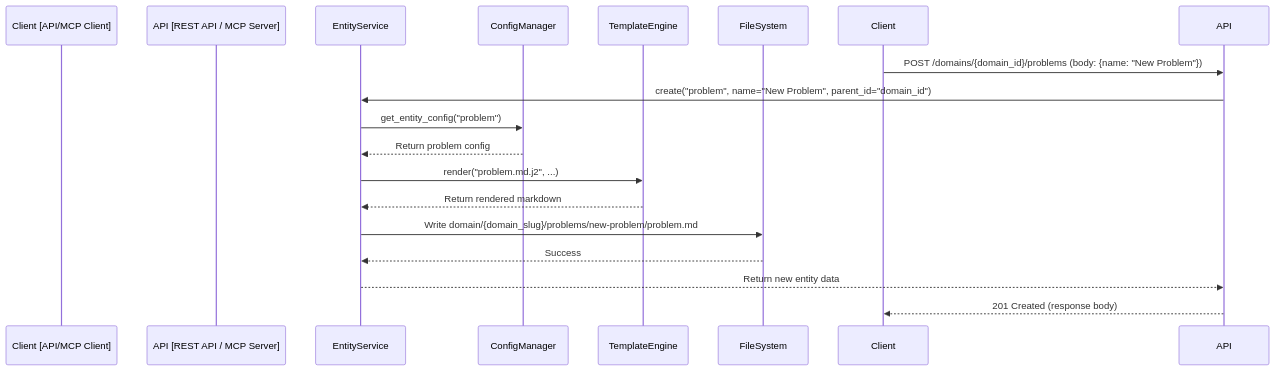
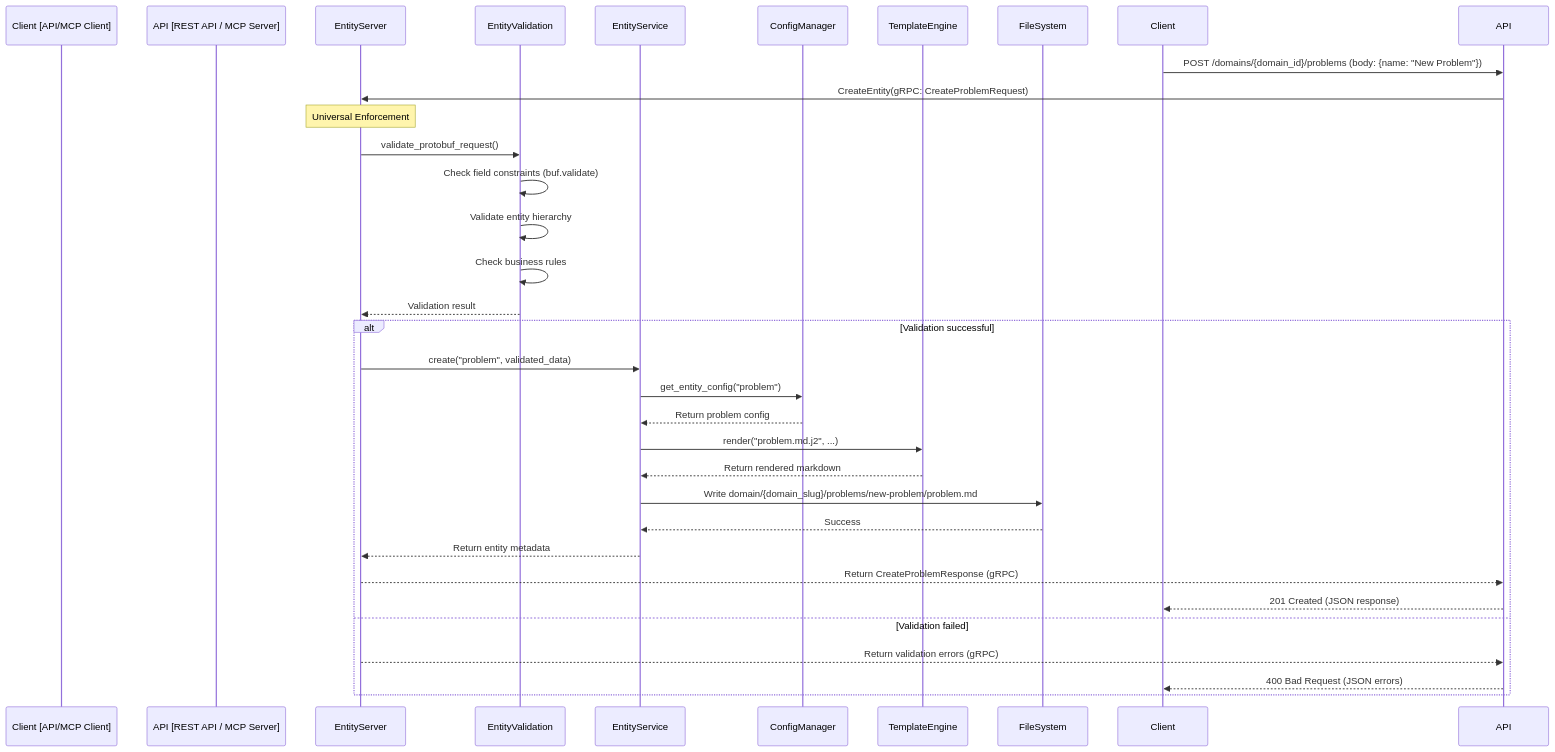
One commit to the-greenman/semops2 changed the fourth of 4 diagrams in docs/ARCHITECTURE_VISUALIZATION.md. Above: the diagram before and after it, drawn with Mermaid. The commit also changed other lines of this file and 35 other files, not shown here.

````diff
--- a/docs/ARCHITECTURE_VISUALIZATION.md
+++ b/docs/ARCHITECTURE_VISUALIZATION.md
@@ -132,20 +193,37 @@
 ```mermaid
 sequenceDiagram
     participant Client [API/MCP Client]
     participant API [REST API / MCP Server]
+    participant EntityServer
+    participant EntityValidation
     participant EntityService
     participant ConfigManager
     participant TemplateEngine
     participant FileSystem
 
     Client->>API: POST /domains/{domain_id}/problems (body: {name: "New Problem"})
-    API->>EntityService: create("problem", name="New Problem", parent_id="domain_id")
-    EntityService->>ConfigManager: get_entity_config("problem")
-    ConfigManager-->>EntityService: Return problem config
-    EntityService->>TemplateEngine: render("problem.md.j2", ...)
-    TemplateEngine-->>EntityService: Return rendered markdown
-    EntityService->>FileSystem: Write domain/{domain_slug}/problems/new-problem/problem.md
-    FileSystem-->>EntityService: Success
-    EntityService-->>API: Return new entity data
-    API-->>Client: 201 Created (response body)
+    API->>EntityServer: CreateEntity(gRPC: CreateProblemRequest)
+
+    Note over EntityServer: Universal Enforcement
+    EntityServer->>EntityValidation: validate_protobuf_request()
+    EntityValidation->>EntityValidation: Check field constraints (buf.validate)
+    EntityValidation->>EntityValidation: Validate entity hierarchy
+    EntityValidation->>EntityValidation: Check business rules
+    EntityValidation-->>EntityServer: Validation result
+
+    alt Validation successful
+        EntityServer->>EntityService: create("problem", validated_data)
+        EntityService->>ConfigManager: get_entity_config("problem")
+        ConfigManager-->>EntityService: Return problem config
+        EntityService->>TemplateEngine: render("problem.md.j2", ...)
+        TemplateEngine-->>EntityService: Return rendered markdown
+        EntityService->>FileSystem: Write domain/{domain_slug}/problems/new-problem/problem.md
+        FileSystem-->>EntityService: Success
+        EntityService-->>EntityServer: Return entity metadata
+        EntityServer-->>API: Return CreateProblemResponse (gRPC)
+        API-->>Client: 201 Created (JSON response)
+    else Validation failed
+        EntityServer-->>API: Return validation errors (gRPC)
+        API-->>Client: 400 Bad Request (JSON errors)
+    end
 ```
````
